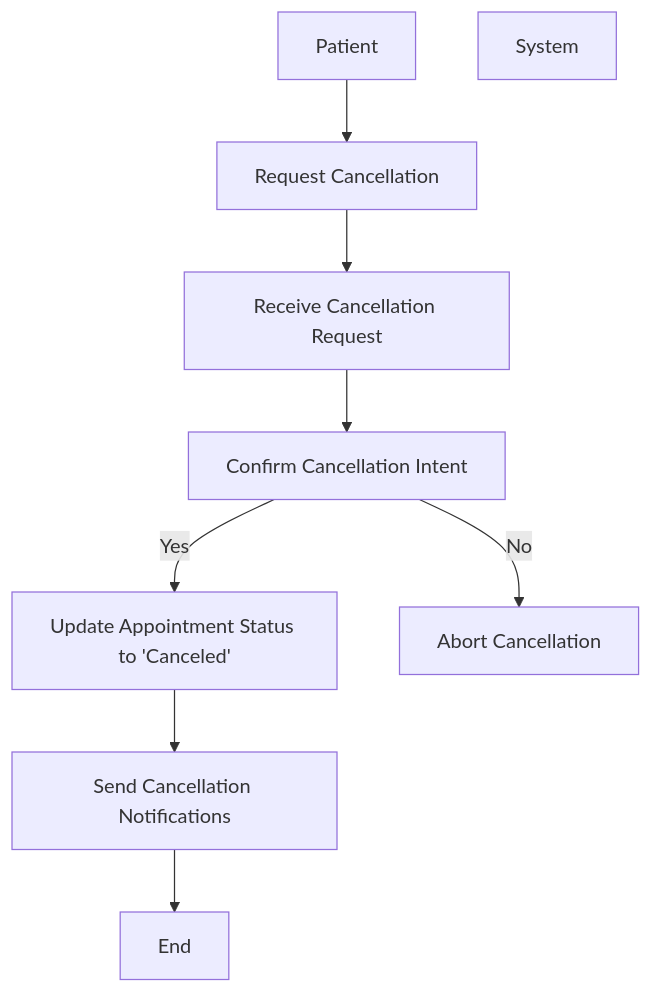
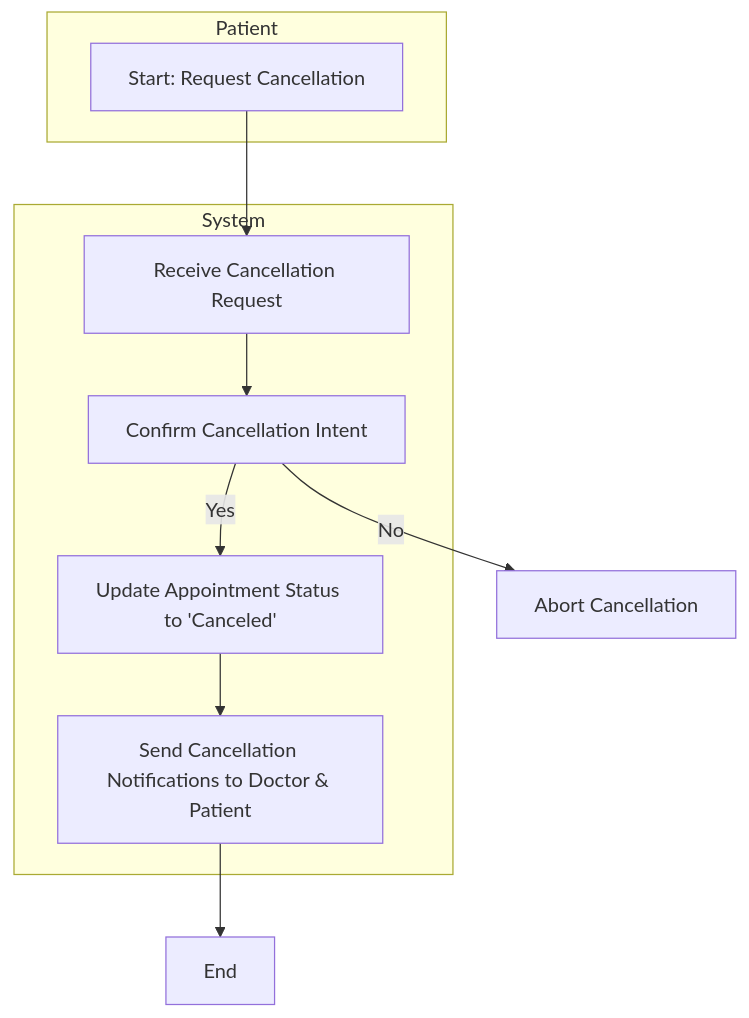
The fourth of 10 diagrams in transition.md (mbalitoh56/Hospital_Appointment_Scheduling), drawn with Mermaid before and after one commit. The commit also changed other lines of this file, not shown here.

````diff
--- a/transition.md
+++ b/transition.md
@@ -148,14 +138,19 @@
 ```mermaid
 flowchart TD
-    %% Labels to simulate swimlanes
-    PAT["Patient"]
-    SYS["System"]
-
-    PAT --> A[Request Cancellation]
-    A --> B[Receive Cancellation Request]
-    B --> C[Confirm Cancellation Intent]
-    C -- Yes --> D[Update Appointment Status to 'Canceled']
+    %% Swimlanes: Patient and System
+    subgraph Patient
+        A[Start: Request Cancellation]
+    end
+    subgraph System
+        B[Receive Cancellation Request]
+        C[Confirm Cancellation Intent]
+        D[Update Appointment Status to 'Canceled']
+        E[Send Cancellation Notifications to Doctor & Patient]
+    end
+    A --> B
+    B --> C
+    C -- Yes --> D
     C -- No --> F[Abort Cancellation]
-    D --> E[Send Cancellation Notifications]
+    D --> E
     E --> G[End]
 ```
````
